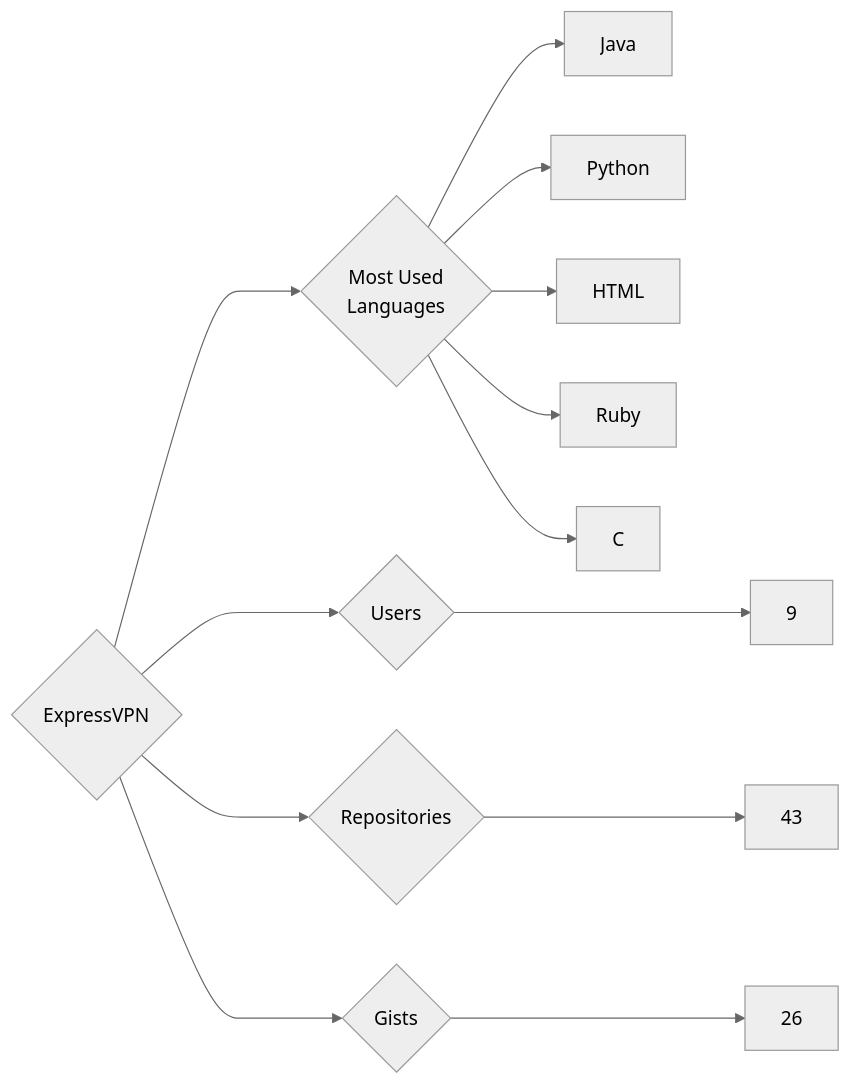
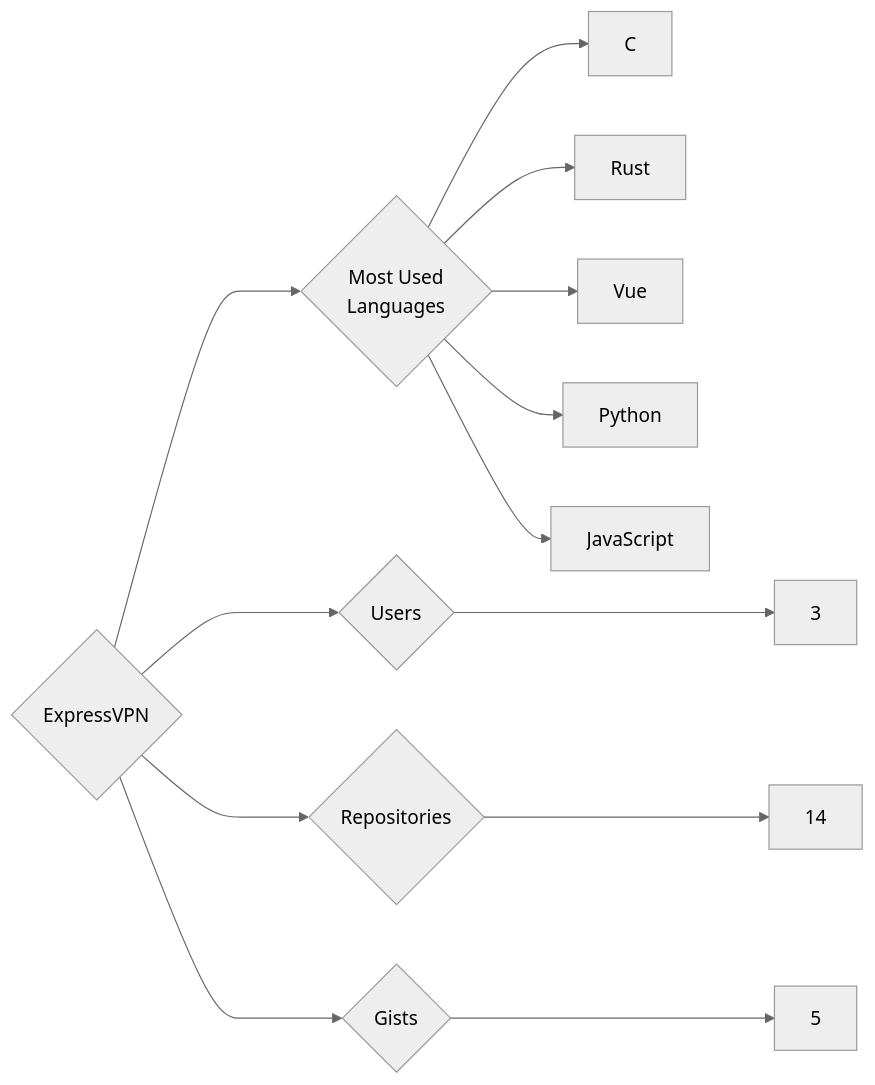
Before and after one commit to trickest/insiders: the diagram in targets/ExpressVPN/README.md, drawn with Mermaid (neutral theme). The commit also changed 927 other files, not shown here.

````diff
--- a/targets/ExpressVPN/README.md
+++ b/targets/ExpressVPN/README.md
@@ -3,13 +3,13 @@
 ```mermaid
 graph LR
 COMPANY_NAME{ExpressVPN}
-COMPANY_NAME ---> U{Users} ---> UN[9]
-COMPANY_NAME ---> R{Repositories} ---> RN[43]
-COMPANY_NAME ---> G{Gists} ---> GN[26]
+COMPANY_NAME ---> U{Users} ---> UN[3]
+COMPANY_NAME ---> R{Repositories} ---> RN[14]
+COMPANY_NAME ---> G{Gists} ---> GN[5]
 COMPANY_NAME ---> ML{Most Used<br>Languages}
-ML --> Java[Java]
+ML --> C[C]
+ML --> Rust[Rust]
+ML --> Vue[Vue]
 ML --> Python[Python]
-ML --> HTML[HTML]
-ML --> Ruby[Ruby]
-ML --> C[C]
+ML --> JavaScript[JavaScript]
 ```
````
